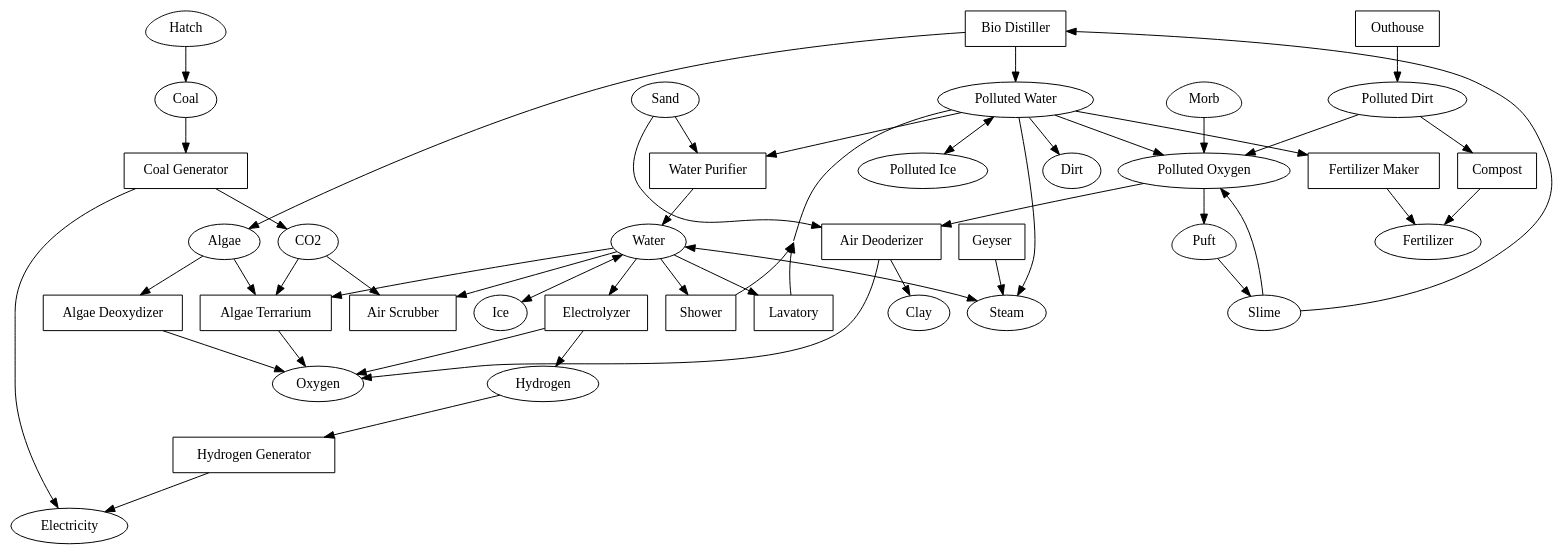
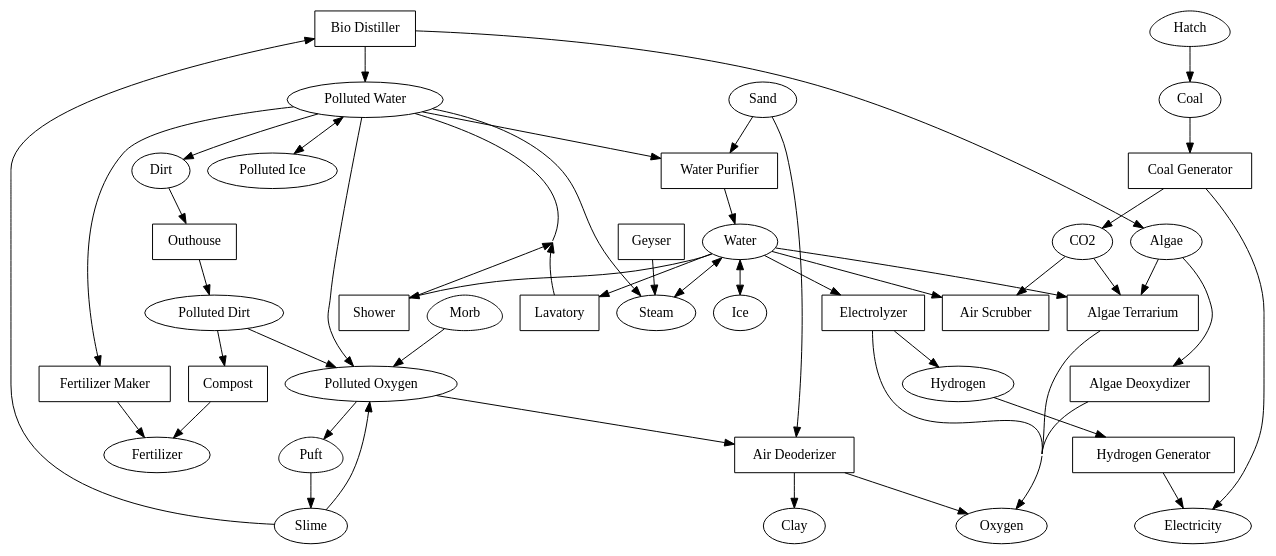
Before and after one commit to dtandersen/oxygen-not-included-graphviz: the diagram in oni.gv, drawn with Graphviz. The commit also changed 1 other file, not shown here.

Commit message:
dirt -> outhouse

```diff
--- a/oni.gv
+++ b/oni.gv
@@ -1,100 +1,101 @@
 strict digraph G {
 	graph [concentrate=true]
 
 	// oxygen
 	"Algae Deoxydizer" [shape=box];
 	"Algae" -> "Algae Deoxydizer";
 	"Algae Deoxydizer" -> "Oxygen";
 
 	"Algae Terrarium" [shape=box];
 	"CO2" -> "Algae Terrarium";
 	"Water" -> "Algae Terrarium";
 	"Algae" -> "Algae Terrarium";
 	"Algae Terrarium" -> "Oxygen";
 
 	"Electrolyzer" [shape=box];
 	"Water" -> "Electrolyzer";
 	"Electrolyzer" -> "Oxygen";
 	"Electrolyzer" -> "Hydrogen";
 
 	"Air Deoderizer" [shape=box];
 	"Polluted Oxygen" -> "Air Deoderizer";
 	"Sand" -> "Air Deoderizer";
 	"Air Deoderizer" -> "Clay";
 	"Air Deoderizer" -> "Oxygen";
 
 	"Air Scrubber" [shape=box];
 	"CO2" -> "Air Scrubber";
 	"Water" -> "Air Scrubber";
 
 	// power
 	"Hydrogen Generator" [shape=box];
 	"Hydrogen" -> "Hydrogen Generator";
 	"Hydrogen Generator" -> "Electricity";
 
 	"Coal Generator" [shape=box];
 	"Coal" -> "Coal Generator";
 	"Coal Generator" -> "Electricity";
 	"Coal Generator" -> "CO2";
 
 	// plumbing
 	"Outhouse" [shape=box];
+	"Dirt" -> "Outhouse";
 	"Outhouse" -> "Polluted Dirt";
 
 	"Lavatory" [shape=box];
 	"Water" -> "Lavatory";
 	"Lavatory" -> "Polluted Water";
 
 	"Shower" [shape=box];
 	"Water" -> "Shower";
 	"Shower" -> "Polluted Water";
 
 	// refinement
 	"Bio Distiller" [shape=box];
 	"Slime" -> "Bio Distiller";
 	"Bio Distiller" -> "Algae";
 	"Bio Distiller" -> "Polluted Water";
 
 	"Water Purifier" [shape=box];
 	"Polluted Water" -> "Water Purifier";
 	"Sand" -> "Water Purifier";
 	"Water Purifier" -> "Water";
 
 	"Compost" [shape=box];
 	"Polluted Dirt" -> "Compost";
 	"Compost" -> "Fertilizer";
 
 	"Fertilizer Maker" [shape=box];
 	"Polluted Water" -> "Fertilizer Maker";
 	"Fertilizer Maker" -> "Fertilizer";
 
 	// resources
 	"Slime" -> "Polluted Oxygen";
 
 	"Polluted Water" -> "Steam";
 	"Polluted Water" -> "Dirt";
 	"Polluted Water" -> "Polluted Oxygen";
 	"Polluted Water" -> "Polluted Ice";
 	"Polluted Ice" -> "Polluted Water";
 	"Water" -> "Steam";
 	"Geyser" [shape=box];
 	"Geyser" -> "Steam";
 
 	"Steam" -> "Water";
 
 	"Water" -> "Ice";
 	"Ice" -> "Water";
 
 	"Polluted Dirt" -> "Polluted Oxygen";
 
 	// creatures
 	"Hatch" [shape=egg];
 	"Hatch" -> "Coal";
 
 	"Morb" [shape=egg];
 	"Morb" -> "Polluted Oxygen";
 
 	"Puft" [shape=egg];
 	"Polluted Oxygen" -> "Puft";
 	"Puft" -> "Slime";
 }
```
